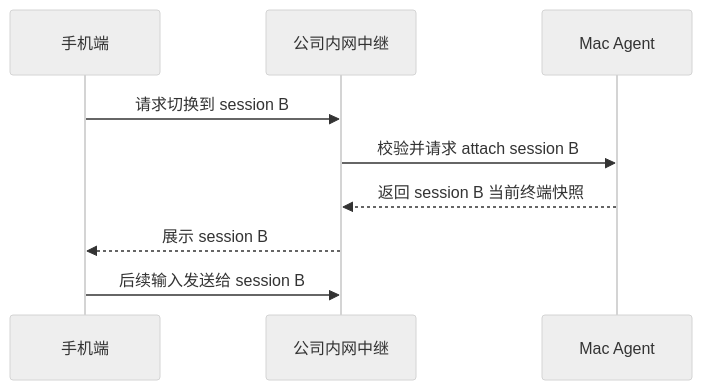
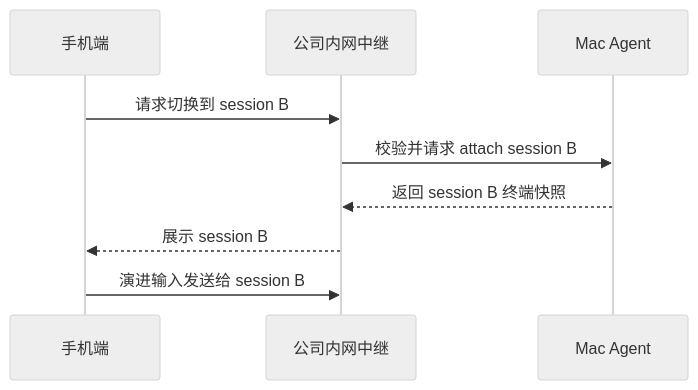
One commit to zhangbozhb/OmniWork changed the fourth of 4 diagrams in docs/mobile-codex-tui-workbench-design.md. Above: the diagram before and after it, drawn with Mermaid (neutral theme). The commit also changed other lines of this file and 16 other files, not shown here.

````diff
--- a/docs/mobile-codex-tui-workbench-design.md
+++ b/docs/mobile-codex-tui-workbench-design.md
@@ -264,12 +264,12 @@
 ```mermaid
 sequenceDiagram
   participant P as 手机端
   participant R as 公司内网中继
   participant M as Mac Agent
 
   P->>R: 请求切换到 session B
   R->>M: 校验并请求 attach session B
-  M-->>R: 返回 session B 当前终端快照
+  M-->>R: 返回 session B 终端快照
   R-->>P: 展示 session B
-  P->>R: 后续输入发送给 session B
+  P->>R: 演进输入发送给 session B
 ```
````
